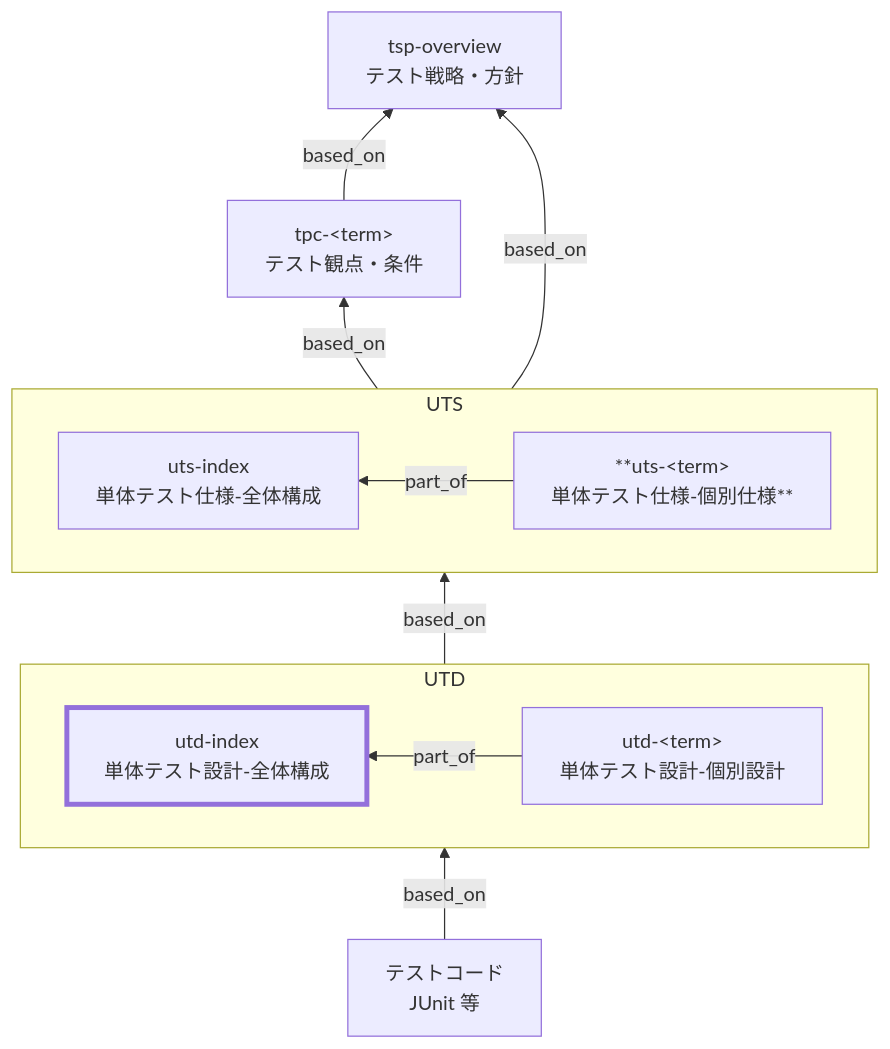
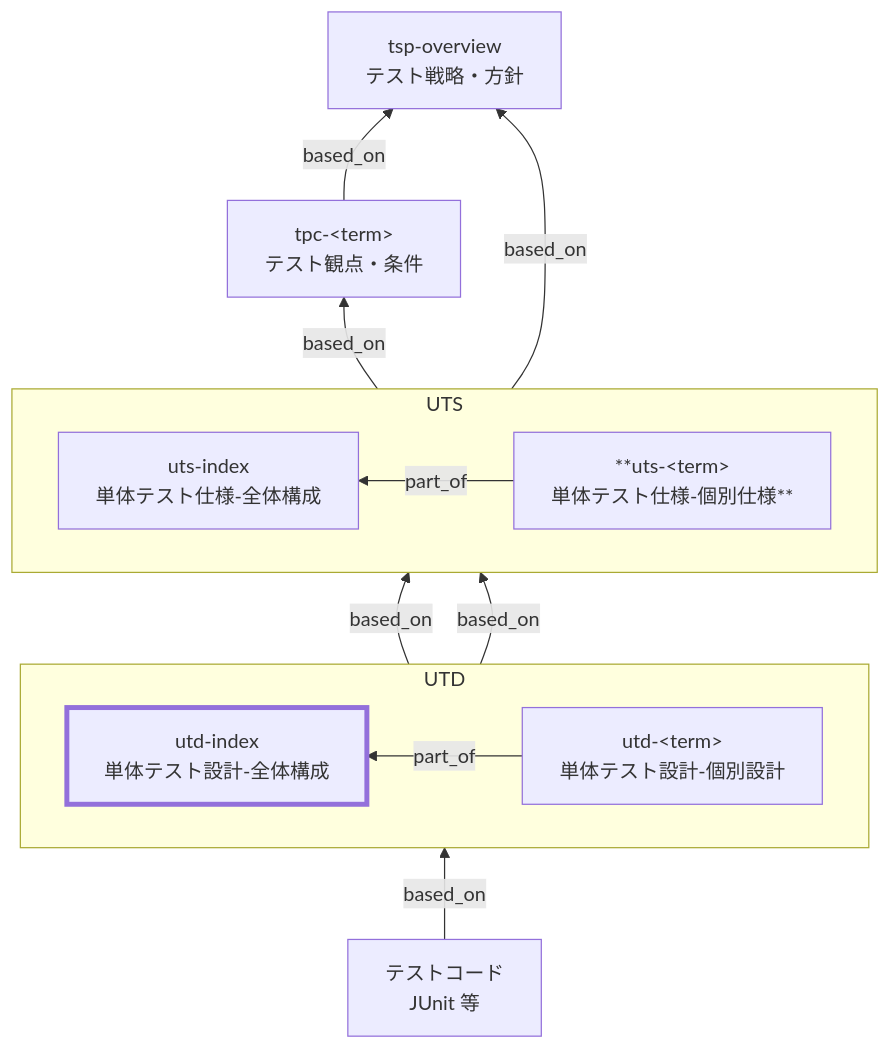
Before and after one commit to naoji3x/grandma-candy-shop: the diagram in docs/ja/handbook/rules/utd-index-rules.md, drawn with Mermaid. The commit also changed other lines of this file and 1 other file, not shown here.

Commit message:
docs(fix): 記述の微修正

````diff
--- a/docs/ja/handbook/rules/utd-index-rules.md
+++ b/docs/ja/handbook/rules/utd-index-rules.md
@@ -33,31 +33,31 @@
 ```mermaid
 flowchart BT
   TSP["tsp-overview<br>テスト戦略・方針"]
   TPC["tpc-&lt;term&gt;<br>テスト観点・条件"]
 
   subgraph UTS
   direction RL
     UTSIndex["uts-index<br>単体テスト仕様-全体構成"]
     UTSDetail["**uts-&lt;term&gt;<br>単体テスト仕様-個別仕様**"]
   end
 
   subgraph UTD
   direction RL
     UTDIndex["utd-index<br>単体テスト設計-全体構成"]
     UTDDetail["utd-&lt;term&gt;<br>単体テスト設計-個別設計"]
   end
 
   TC["テストコード<br>JUnit 等"]
 
   TPC -->|based_on| TSP
   UTSDetail -->|part_of| UTSIndex
-  UTD -->|based_on| UTS
-  TC -->|based_on| UTD
-
-  UTS -->|based_on| TSP
-  UTS -->|based_on| TPC
+  UTSIndex -->|based_on| TSP
+  UTSIndex -->|based_on| TPC
+  UTDIndex -->|based_on| UTSIndex
+  UTDDetail -->|based_on| UTSDetail
   UTDDetail -->|part_of| UTDIndex
+  TC -->|based_on| UTDDetail
 
   classDef target stroke-width:4px
   class UTDIndex target
 ```
````
